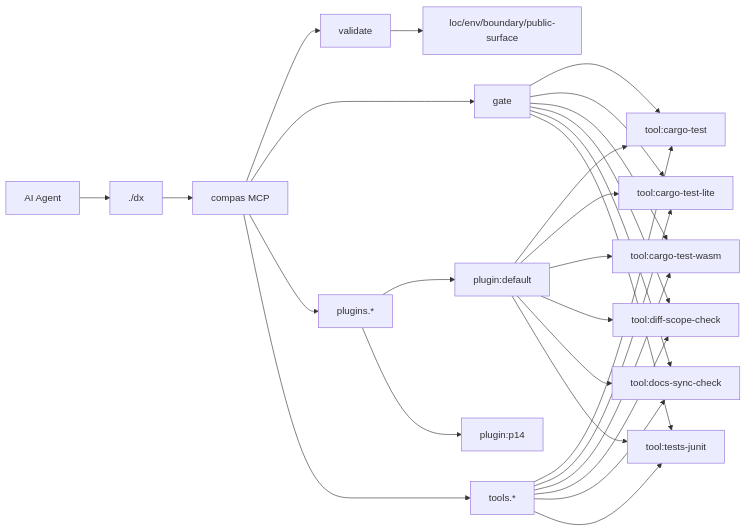
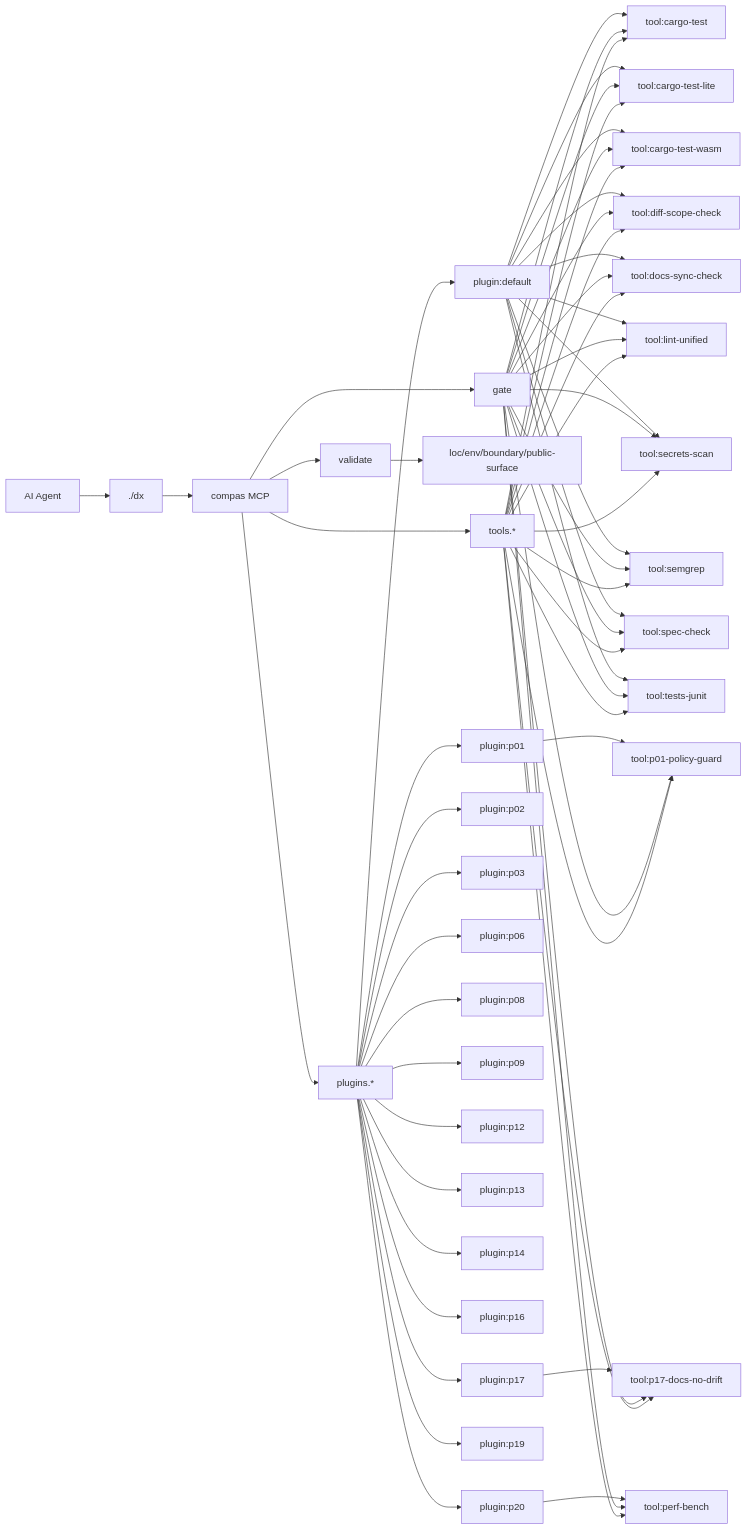
The diagram in AGENTS.md (AmirTlinov/compas), drawn with Mermaid before and after one commit. The commit also changed other lines of this file and 1 other file, not shown here.

Commit message:
chore: rebase feat/p14-e2e-run_20260221_183716 on main and sync docs

````diff
--- a/AGENTS.md
+++ b/AGENTS.md
@@ -53,30 +72,63 @@
 ```mermaid
 flowchart LR
   Agent[AI Agent] --> DX[./dx]
   DX --> MCP[compas MCP]
   MCP --> V[validate]
   MCP --> G[gate]
   MCP --> PL[plugins.*]
   MCP --> TL[tools.*]
   V --> C1[loc/env/boundary/public-surface]
   PL --> P_default["plugin:default"]
   P_default --> T_cargo_test["tool:cargo-test"]
   G --> T_cargo_test
   P_default --> T_cargo_test_lite["tool:cargo-test-lite"]
   G --> T_cargo_test_lite
   P_default --> T_cargo_test_wasm["tool:cargo-test-wasm"]
   G --> T_cargo_test_wasm
   P_default --> T_diff_scope_check["tool:diff-scope-check"]
   G --> T_diff_scope_check
   P_default --> T_docs_sync_check["tool:docs-sync-check"]
   G --> T_docs_sync_check
+  P_default --> T_lint_unified["tool:lint-unified"]
+  G --> T_lint_unified
+  P_default --> T_secrets_scan["tool:secrets-scan"]
+  G --> T_secrets_scan
+  P_default --> T_semgrep["tool:semgrep"]
+  G --> T_semgrep
+  P_default --> T_spec_check["tool:spec-check"]
+  G --> T_spec_check
   P_default --> T_tests_junit["tool:tests-junit"]
   G --> T_tests_junit
+  PL --> P_p01["plugin:p01"]
+  P_p01 --> T_p01_policy_guard["tool:p01-policy-guard"]
+  G --> T_p01_policy_guard
+  PL --> P_p02["plugin:p02"]
+  PL --> P_p03["plugin:p03"]
+  PL --> P_p06["plugin:p06"]
+  PL --> P_p08["plugin:p08"]
+  PL --> P_p09["plugin:p09"]
+  PL --> P_p12["plugin:p12"]
+  PL --> P_p13["plugin:p13"]
   PL --> P_p14["plugin:p14"]
+  PL --> P_p16["plugin:p16"]
+  PL --> P_p17["plugin:p17"]
+  P_p17 --> T_p17_docs_no_drift["tool:p17-docs-no-drift"]
+  G --> T_p17_docs_no_drift
+  PL --> P_p19["plugin:p19"]
+  PL --> P_p20["plugin:p20"]
+  P_p20 --> T_perf_bench["tool:perf-bench"]
+  G --> T_perf_bench
   TL --> T_cargo_test
   TL --> T_cargo_test_lite
   TL --> T_cargo_test_wasm
   TL --> T_diff_scope_check
   TL --> T_docs_sync_check
+  TL --> T_lint_unified
+  TL --> T_p01_policy_guard
+  TL --> T_p17_docs_no_drift
+  TL --> T_perf_bench
+  TL --> T_secrets_scan
+  TL --> T_semgrep
+  TL --> T_spec_check
   TL --> T_tests_junit
 ```
````
